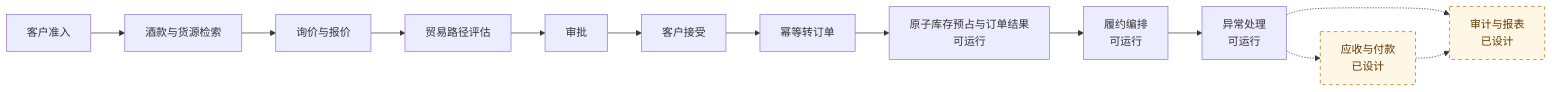
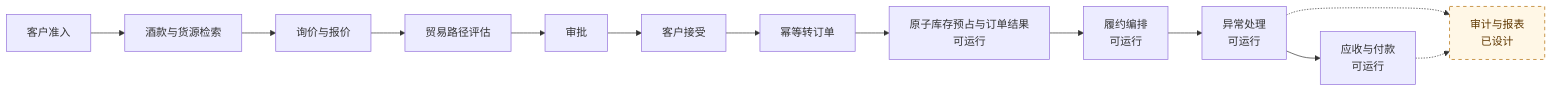
Before and after one commit to RomanticHW/cellarbridge-platform: the third of 3 diagrams in README.md, drawn with Mermaid. The commit also changed other lines of this file and 11 other files, not shown here.

````diff
--- a/README.md
+++ b/README.md
@@ -291,18 +297,18 @@
 ```mermaid
 flowchart LR
     A[客户准入] --> B[酒款与货源检索]
     B --> C[询价与报价]
     C --> D[贸易路径评估]
     D --> E[审批]
     E --> F[客户接受]
     F --> G[幂等转订单]
     G --> H[原子库存预占与订单结果<br/>可运行]
     H --> I[履约编排<br/>可运行]
     I --> J[异常处理<br/>可运行]
-    J -.-> K[应收与付款<br/>已设计]
+    J --> K[应收与付款<br/>可运行]
     J -.-> L[审计与报表<br/>已设计]
     K -.-> L
 
     classDef planned fill:#fff7e6,stroke:#b26a00,color:#5f3700,stroke-dasharray:5 5;
-    class K,L planned;
+    class L planned;
 ```
````
